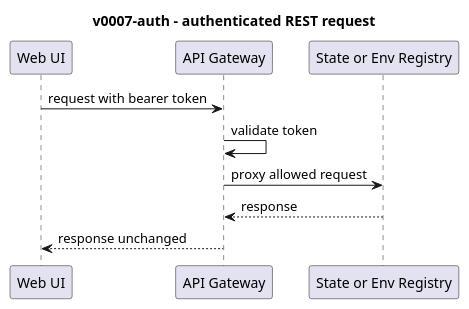
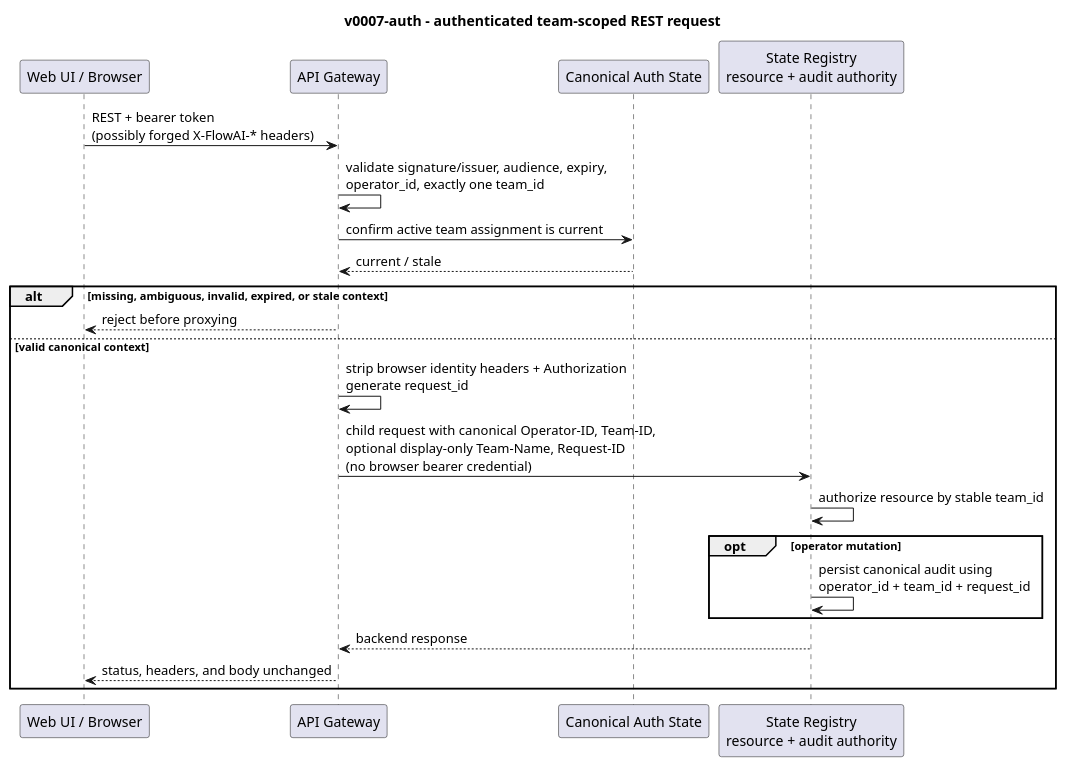
Before and after one commit to pandops/flowai: the diagram in openspec/changes/v0007-auth/specs/diagrams/02-authenticated-request.puml, drawn with PlantUML. The commit also changed other lines of this file and 2 other files, not shown here.

Commit message:
docs(auth): document authentication flows
Ultraworked with [Sisyphus](https://github.com/code-yeongyu/oh-my-openagent)

```diff
--- a/openspec/changes/v0007-auth/specs/diagrams/02-authenticated-request.puml
+++ b/openspec/changes/v0007-auth/specs/diagrams/02-authenticated-request.puml
@@ -1,14 +2,26 @@
 @startuml
-title v0007-auth - authenticated REST request
+title v0007-auth - authenticated team-scoped REST request
 
-participant "Web UI" as UI
+participant "Web UI / Browser" as UI
 participant "API Gateway" as GW
-participant "State or Env Registry" as Backend
+participant "Canonical Auth State" as Auth
+participant "State Registry\nresource + audit authority" as State
 
-UI -> GW : request with bearer token
-GW -> GW : validate token
-GW -> Backend : proxy allowed request
-Backend --> GW : response
-GW --> UI : response unchanged
+UI -> GW : REST + bearer token\n(possibly forged X-FlowAI-* headers)
+GW -> GW : validate signature/issuer, audience, expiry,\noperator_id, exactly one team_id
+GW -> Auth : confirm active team assignment is current
+Auth --> GW : current / stale
+alt missing, ambiguous, invalid, expired, or stale context
+  GW --> UI : reject before proxying
+else valid canonical context
+  GW -> GW : strip browser identity headers + Authorization\ngenerate request_id
+  GW -> State : child request with canonical Operator-ID, Team-ID,\noptional display-only Team-Name, Request-ID\n(no browser bearer credential)
+  State -> State : authorize resource by stable team_id
+  opt operator mutation
+    State -> State : persist canonical audit using\noperator_id + team_id + request_id
+  end
+  State --> GW : backend response
+  GW --> UI : status, headers, and body unchanged
+end
 
 @enduml
```
